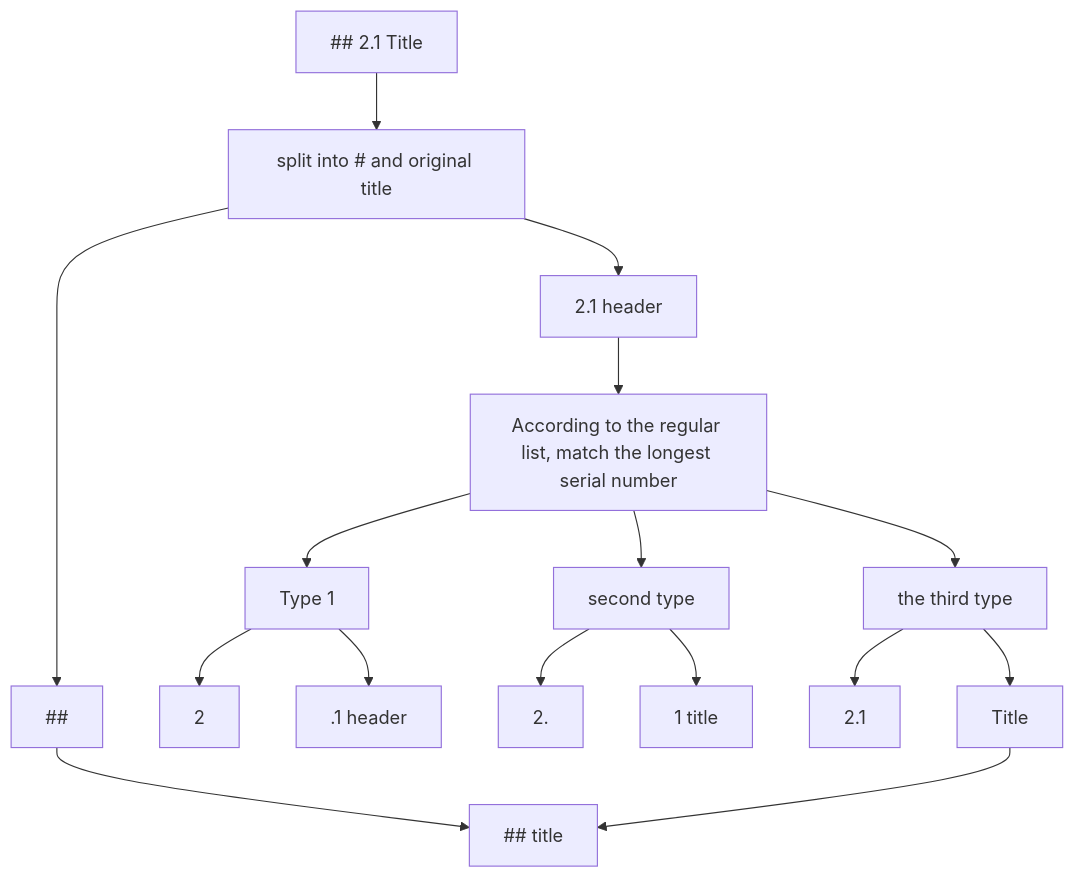
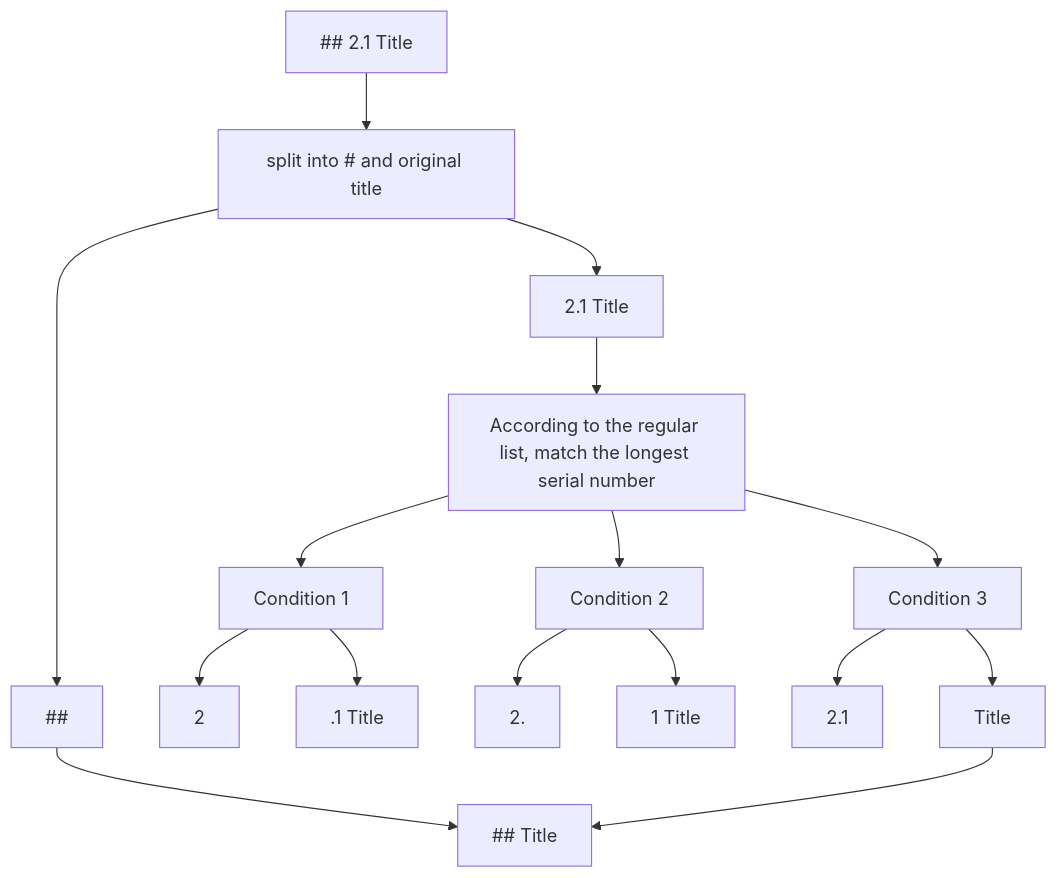
The first of 3 diagrams in src/assets/md/help-document/en_US.md (jiang-taibai/markdown-renumber), drawn with Mermaid before and after one commit. The commit also changed other lines of this file and 6 other files, not shown here.

````diff
--- a/src/assets/md/help-document/en_US.md
+++ b/src/assets/md/help-document/en_US.md
@@ -16,19 +16,19 @@
 ```mermaid
 flowchart TD
     A[## 2.1 Title]
     A --> B[split into # and original title]
-    B --> B1[2.1 header]
+    B --> B1[2.1 Title]
     B --> B2[##]
     B1 --> C[According to the regular list, match the longest serial number]
-    C --> D1[Type 1]
-    C --> D2[second type]
-    C --> D3[the third type]
+    C --> D1[Condition 1]
+    C --> D2[Condition 2]
+    C --> D3[Condition 3]
     D1 --> D11[2]
-    D1 --> D12[.1 header]
+    D1 --> D12[.1 Title]
     D2 --> D21[2.]
-    D2 --> D22[1 title]
+    D2 --> D22[1 Title]
     D3 --> D31[2.1]
     D3 --> D32[Title]
-    B2 --> E[## title]
+    B2 --> E[## Title]
     D32 --> E
 ```
````
